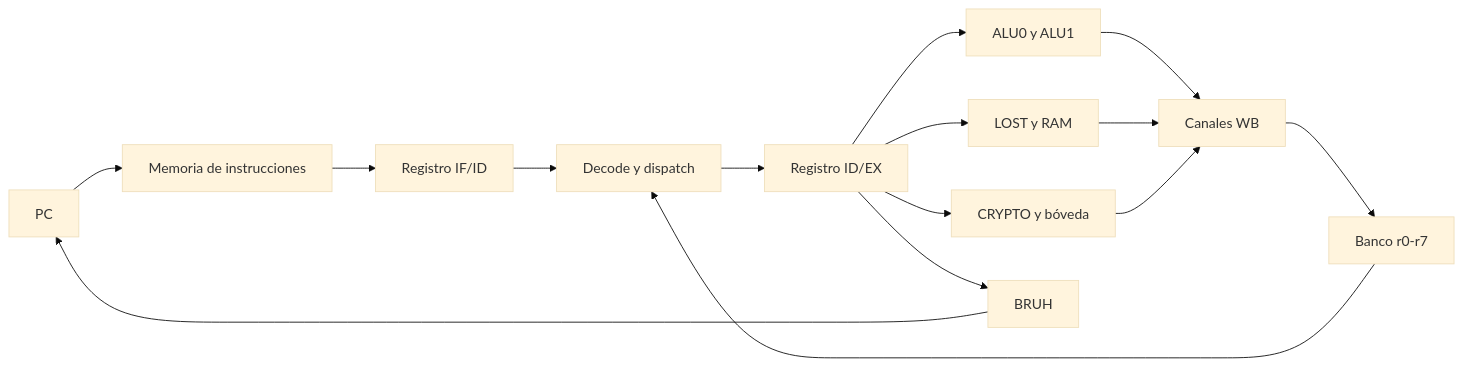
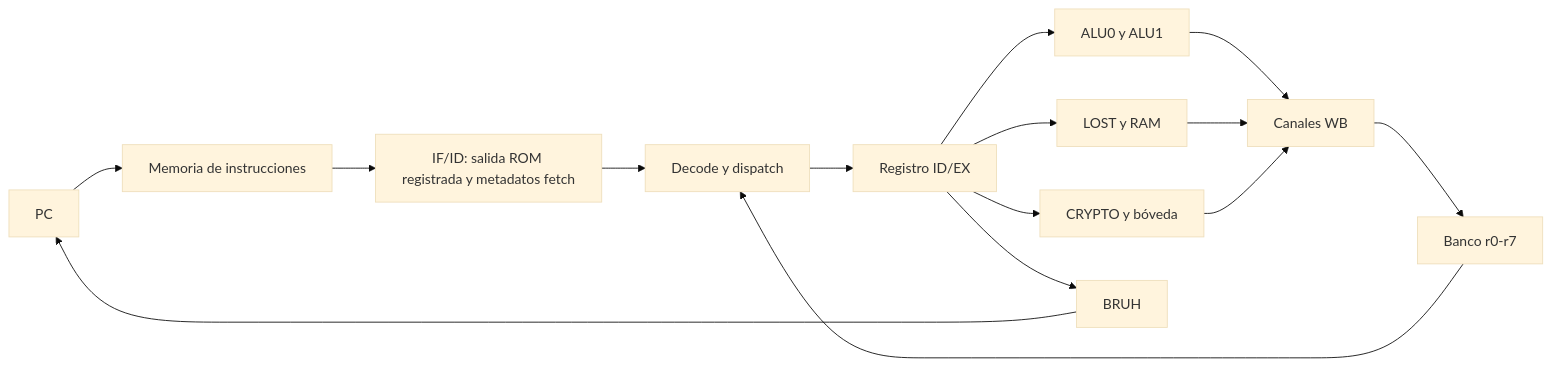
One commit to luisfeliTEC-0603/PORYGON changed the second of 2 diagrams in docs/simulation.md. Above: the diagram before and after it, drawn with Mermaid (base theme). The commit also changed other lines of this file and 14 other files, not shown here.

````diff
--- a/docs/simulation.md
+++ b/docs/simulation.md
@@ -61,17 +63,17 @@
 ```mermaid
 flowchart LR
     PC[PC] --> IM[Memoria de instrucciones]
-    IM --> IFID[Registro IF/ID]
+    IM --> IFID[IF/ID: salida ROM registrada y metadatos fetch]
     IFID --> IDD[Decode y dispatch]
     RF[Banco r0-r7] --> IDD
     IDD --> IDEX[Registro ID/EX]
     IDEX --> ALU[ALU0 y ALU1]
     IDEX --> LSU[LOST y RAM]
     IDEX --> CR[CRYPTO y bóveda]
     IDEX --> BR[BRUH]
     ALU --> WB[Canales WB]
     LSU --> WB
     CR --> WB
     WB --> RF
     BR --> PC
 ```
````
